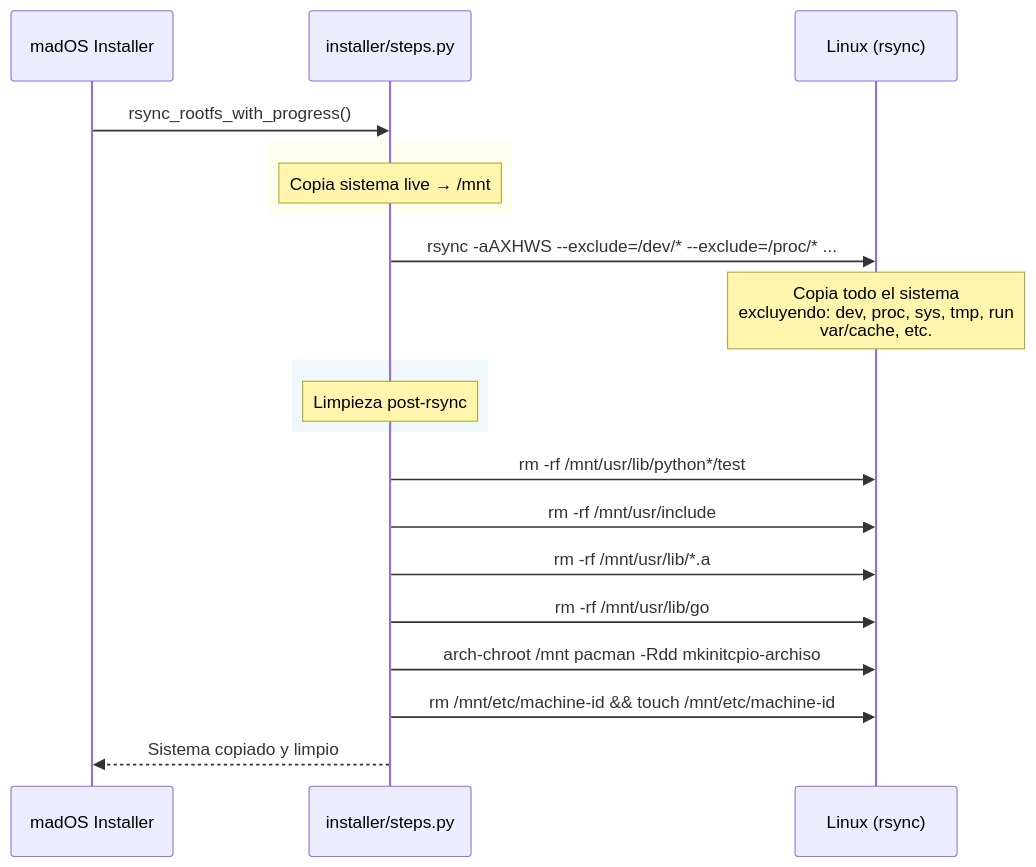
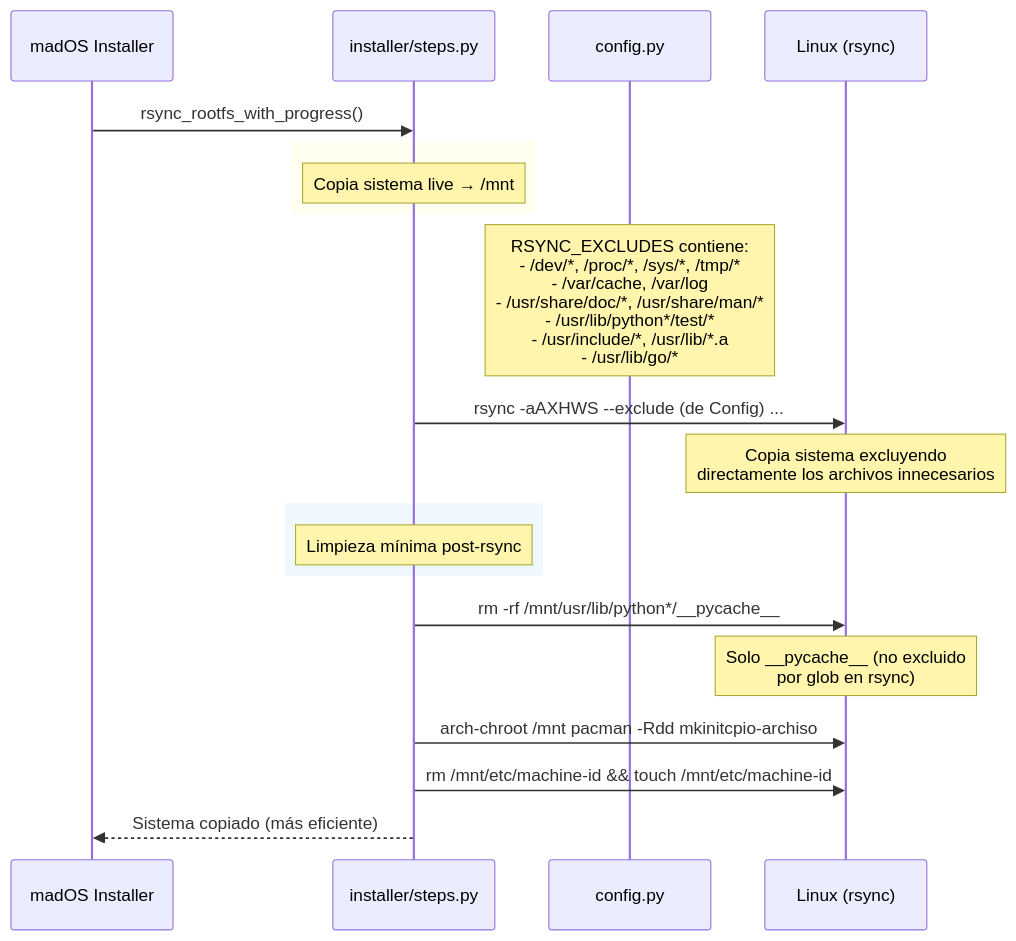
Before and after one commit to madoslinux/mados-installer: the fifth of 10 diagrams in INSTALLATION_FLOW.md, drawn with Mermaid.

Commit message:
docs: update diagram to reflect rsync excludes instead of post-copy cleanup

````diff
--- a/INSTALLATION_FLOW.md
+++ b/INSTALLATION_FLOW.md
@@ -121,29 +121,30 @@
 ```mermaid
 sequenceDiagram
     participant App as madOS Installer
     participant Steps as installer/steps.py
+    participant Config as config.py
     participant System as Linux (rsync)
 
     App->>Steps: rsync_rootfs_with_progress()
 
     rect rgb(255, 255, 240)
         Note over Steps: Copia sistema live → /mnt
     end
 
-    Steps->>System: rsync -aAXHWS --exclude=/dev/* --exclude=/proc/* ...
-    Note over System: Copia todo el sistema<br/>excluyendo: dev, proc, sys, tmp, run<br/>var/cache, etc.
+    Note over Config: RSYNC_EXCLUDES contiene:<br/>- /dev/*, /proc/*, /sys/*, /tmp/*<br/>- /var/cache, /var/log<br/>- /usr/share/doc/*, /usr/share/man/*<br/>- /usr/lib/python*/test/*<br/>- /usr/include/*, /usr/lib/*.a<br/>- /usr/lib/go/*
+
+    Steps->>System: rsync -aAXHWS --exclude (de Config) ...
+    Note over System: Copia sistema excluyendo<br/>directamente los archivos innecesarios
 
     rect rgb(240, 248, 255)
-        Note over Steps: Limpieza post-rsync
+        Note over Steps: Limpieza mínima post-rsync
     end
 
-    Steps->>System: rm -rf /mnt/usr/lib/python*/test
-    Steps->>System: rm -rf /mnt/usr/include
-    Steps->>System: rm -rf /mnt/usr/lib/*.a
-    Steps->>System: rm -rf /mnt/usr/lib/go
+    Steps->>System: rm -rf /mnt/usr/lib/python*/__pycache__
+    Note over System: Solo __pycache__ (no excluido<br/>por glob en rsync)
 
     Steps->>System: arch-chroot /mnt pacman -Rdd mkinitcpio-archiso
     Steps->>System: rm /mnt/etc/machine-id && touch /mnt/etc/machine-id
 
-    Steps-->>App: Sistema copiado y limpio
+    Steps-->>App: Sistema copiado (más eficiente)
 ```
````
